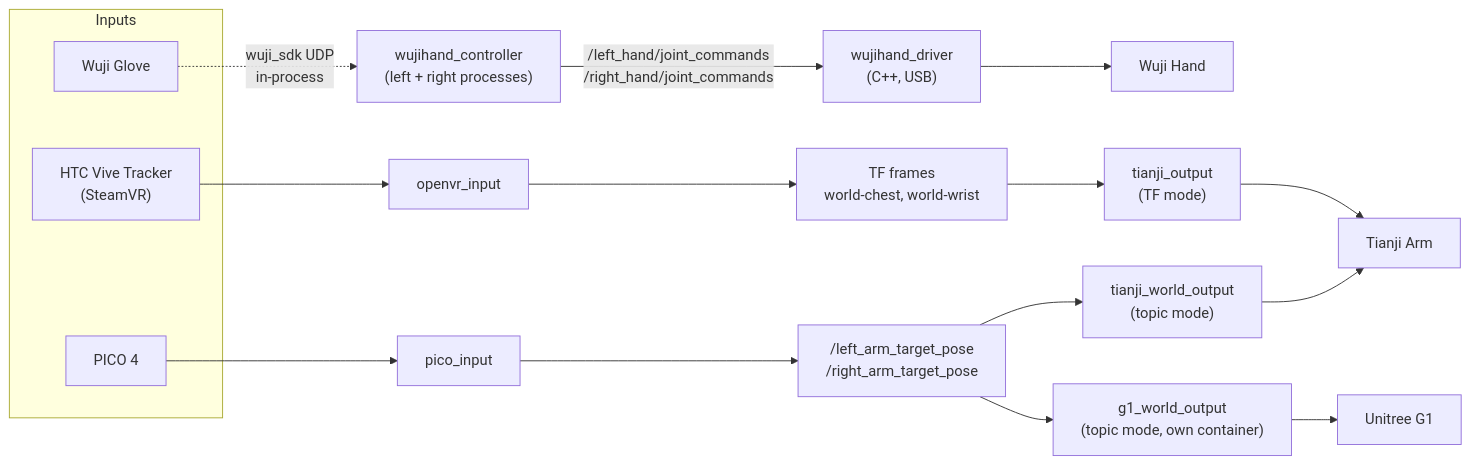
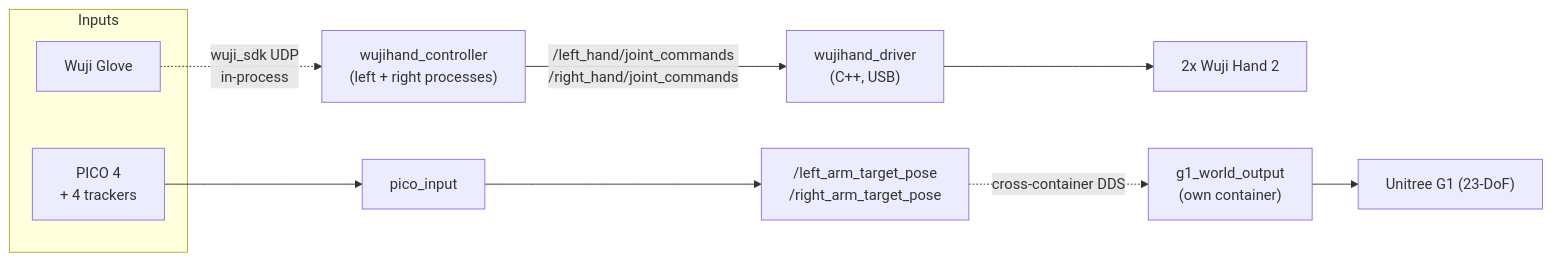
Before and after one commit to MSC-Wuji-Teleop/wuji-hand-teleop: the diagram in docs/architecture.md, drawn with Mermaid. The commit also changed other lines of this file and 13 other files, not shown here.

Commit message:
Documentation: docs reflect the G1 + Wuji Hand 2 rig; add cleanup record

````diff
--- a/docs/architecture.md
+++ b/docs/architecture.md
@@ -28,26 +28,18 @@
 ```mermaid
 graph LR
     subgraph Inputs
         WG["Wuji Glove"]
-        HTC["HTC Vive Tracker<br/>(SteamVR)"]
-        PICO["PICO 4"]
+        PICO["PICO 4<br/>+ 4 trackers"]
     end
 
     WG -. "wuji_sdk UDP<br/>in-process" .-> HC["wujihand_controller<br/>(left + right processes)"]
-    HTC --> OI["openvr_input"]
     PICO --> PI["pico_input"]
 
-    OI --> TF["TF frames<br/>world-chest, world-wrist"]
     PI --> TP["/left_arm_target_pose<br/>/right_arm_target_pose"]
 
     HC -- "/left_hand/joint_commands<br/>/right_hand/joint_commands" --> DRV["wujihand_driver<br/>(C++, USB)"]
-    DRV --> HAND["Wuji Hand"]
+    DRV --> HAND["2x Wuji Hand 2"]
 
-    TF --> TO["tianji_output<br/>(TF mode)"]
-    TP --> TWO["tianji_world_output<br/>(topic mode)"]
-    TP --> G1O["g1_world_output<br/>(topic mode, own container)"]
-
-    TO --> ARM["Tianji Arm"]
-    TWO --> ARM
-    G1O --> G1["Unitree G1"]
+    TP -.->|"cross-container DDS"| G1O["g1_world_output<br/>(own container)"]
+    G1O --> G1["Unitree G1 (23-DoF)"]
 ```
````
